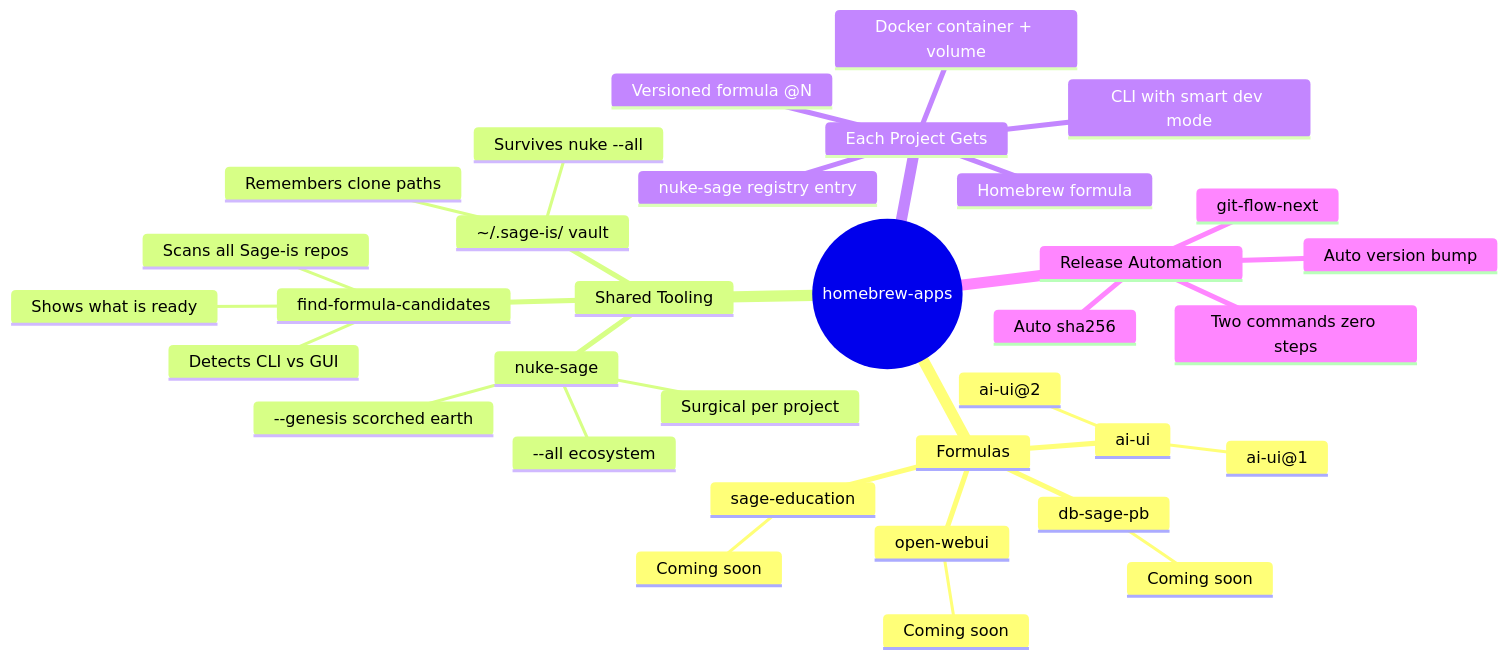
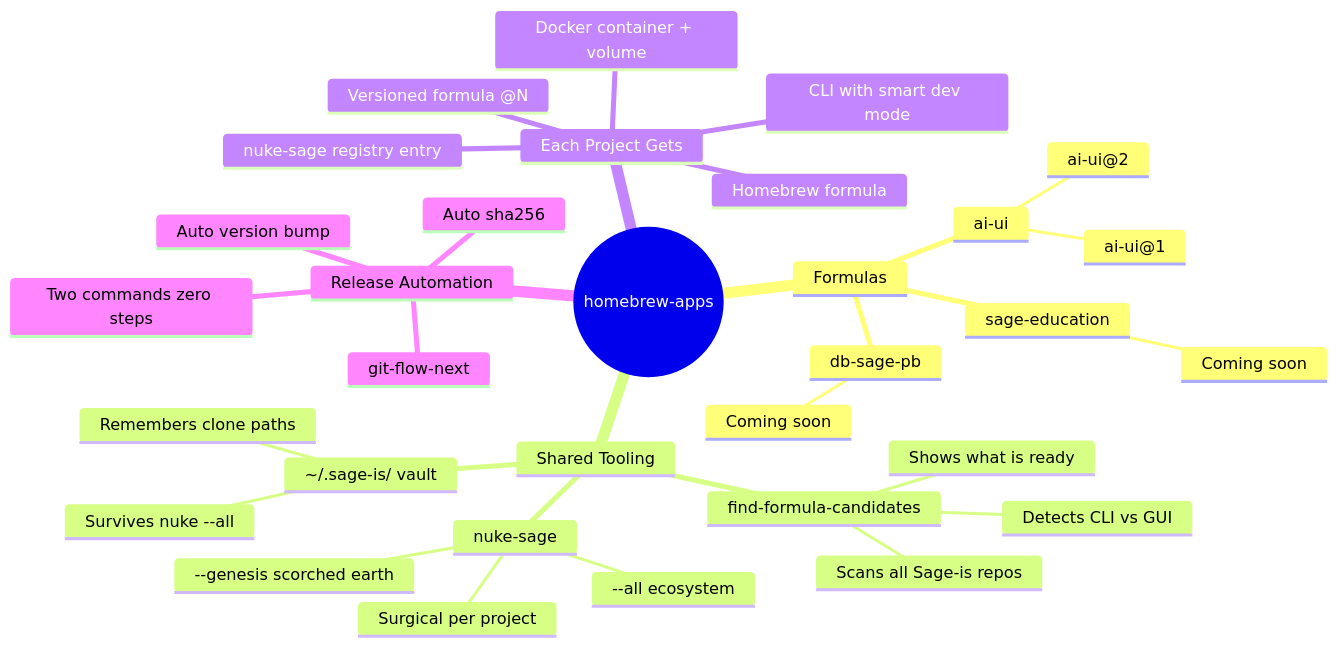
One commit to Sage-is/homebrew-apps changed the fifth of 5 diagrams in README.md. Above: the diagram before and after it, drawn with Mermaid.

Commit message:
Remove 'open-webui' from README
Removed 'open-webui' entry from the README.

````diff
--- a/README.md
+++ b/README.md
@@ -180,37 +180,35 @@
 ```mermaid
 mindmap
   root((homebrew-apps))
     Formulas
       ai-ui
         ai-ui@1
         ai-ui@2
       db-sage-pb
-        Coming soon
-      open-webui
         Coming soon
       sage-education
         Coming soon
     Shared Tooling
       nuke-sage
         Surgical per project
         --all ecosystem
         --genesis scorched earth
       find-formula-candidates
         Scans all Sage-is repos
         Detects CLI vs GUI
         Shows what is ready
       ~/.sage-is/ vault
         Remembers clone paths
         Survives nuke --all
     Each Project Gets
       Homebrew formula
       Versioned formula @N
       CLI with smart dev mode
       Docker container + volume
       nuke-sage registry entry
     Release Automation
       git-flow-next
       Auto version bump
       Auto sha256
       Two commands zero steps
 ```
````
